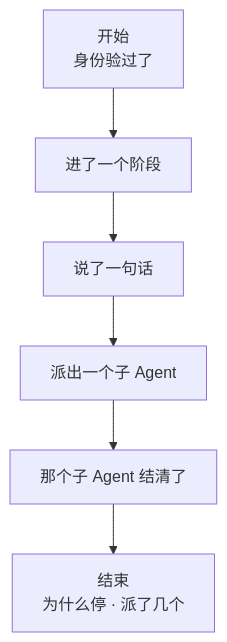
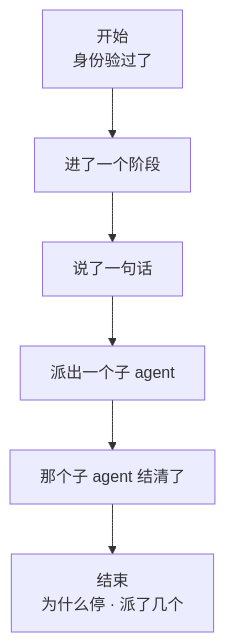
The eighth of 30 diagrams in docs/modules/ralph.md (snight1983/ds-harness-go), drawn with Mermaid before and after one commit. The commit also changed other lines of this file and 43 other files, not shown here.

Commit message:
docs: 图解架构与模块设计

````diff
--- a/docs/modules/ralph.md
+++ b/docs/modules/ralph.md
@@ -55,8 +93,8 @@
 ```mermaid
 flowchart TB
     S["开始<br/>身份验过了"] --> P["进了一个阶段"]
     P --> L["说了一句话"]
-    L --> AS["派出一个子 Agent"]
-    AS --> AE["那个子 Agent 结清了"]
+    L --> AS["派出一个子 agent"]
+    AS --> AE["那个子 agent 结清了"]
     AE --> N["结束<br/>为什么停 · 派了几个"]
 ```
````
